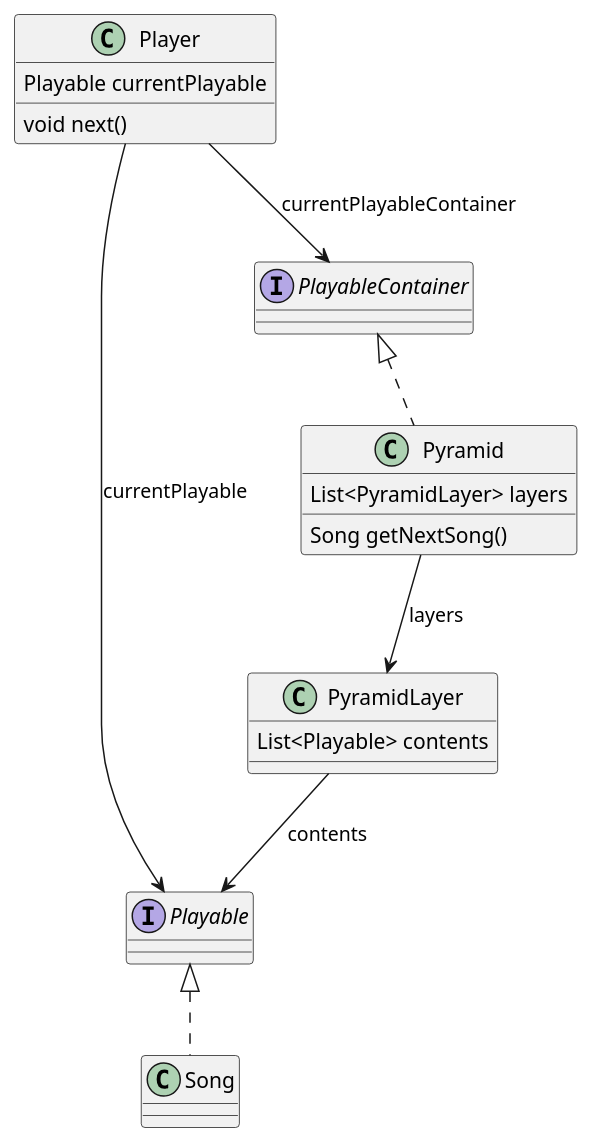
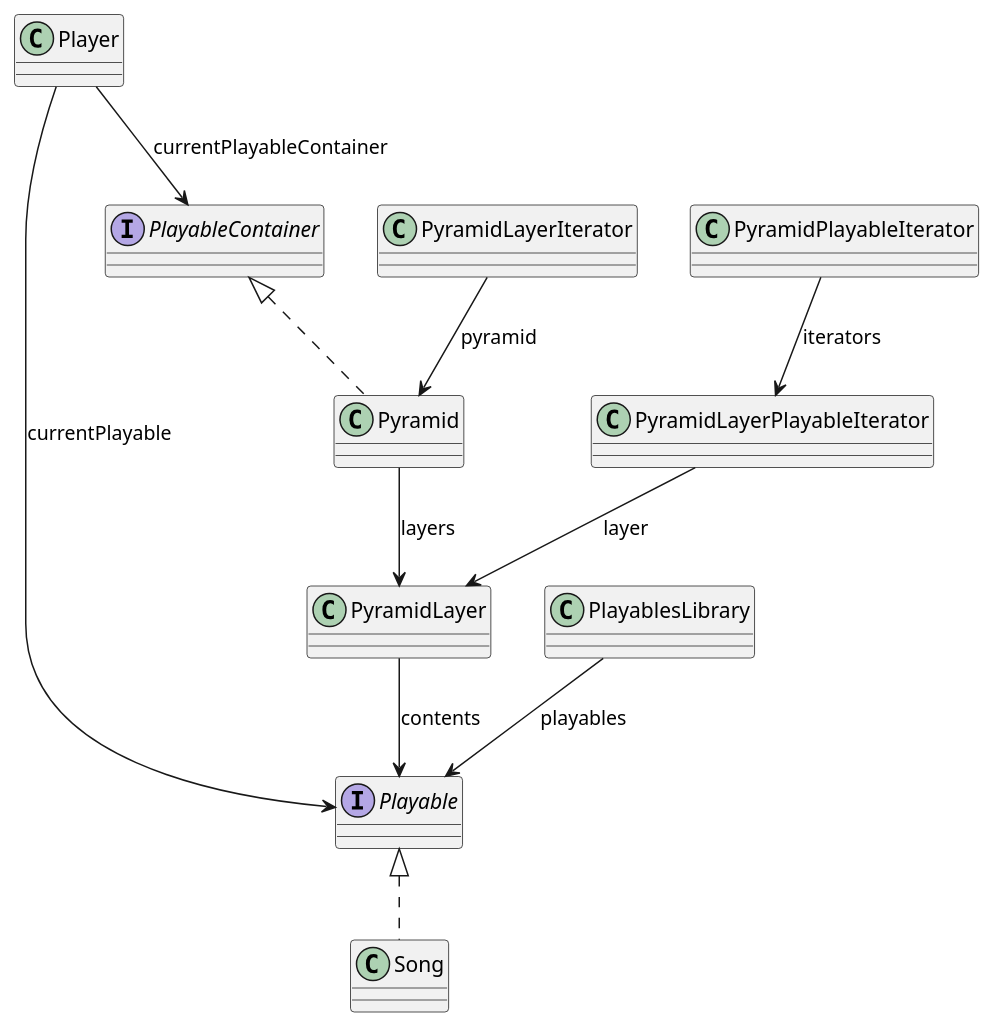
One commit to jorgengaldal/TDT4100-pyramidi changed the diagram in plan/klassediagram.plantuml. Above: the diagram before and after it, drawn with PlantUML.

Commit message:
Oppdaterte Klassediagram

```diff
--- a/plan/klassediagram.plantuml
+++ b/plan/klassediagram.plantuml
@@ -1,37 +1,50 @@
 @startuml Klassediagram for plan
 
 class Song implements Playable
 
 interface Playable
 
 interface PlayableContainer
 
 ' abstract class PlayableContainer implements Playable
 
 ' class Album extends PlayableContainer
 
 class PyramidLayer {
     ' extends PlayableContainer?
-    List<Playable> contents
+    ' List<Playable> contents
 }
 
 class Pyramid implements PlayableContainer {
-    List<PyramidLayer> layers
+    ' List<PyramidLayer> layers
 
-    Song getNextSong()
+    ' Song getNextSong()
 }
 
 class Player {
-    Playable currentPlayable
+    ' Playable currentPlayable
     
 
-    void next()
+    ' void next()
 }
+
+class PyramidLayerIterator
+
+class PyramidLayerPlayableIterator
+
+class PyramidPlayableIterator
+
+class PlayablesLibrary
+
 
 Pyramid --> PyramidLayer : "layers"
 PyramidLayer --> Playable : "contents"
 Player --> Playable : "currentPlayable"
 Player --> PlayableContainer : "currentPlayableContainer"
+PyramidPlayableIterator --> PyramidLayerPlayableIterator : "iterators"
+PyramidLayerPlayableIterator --> PyramidLayer : "layer"
+PyramidLayerIterator --> Pyramid : "pyramid"
+PlayablesLibrary --> Playable : "playables"
 
 
 @enduml
```
